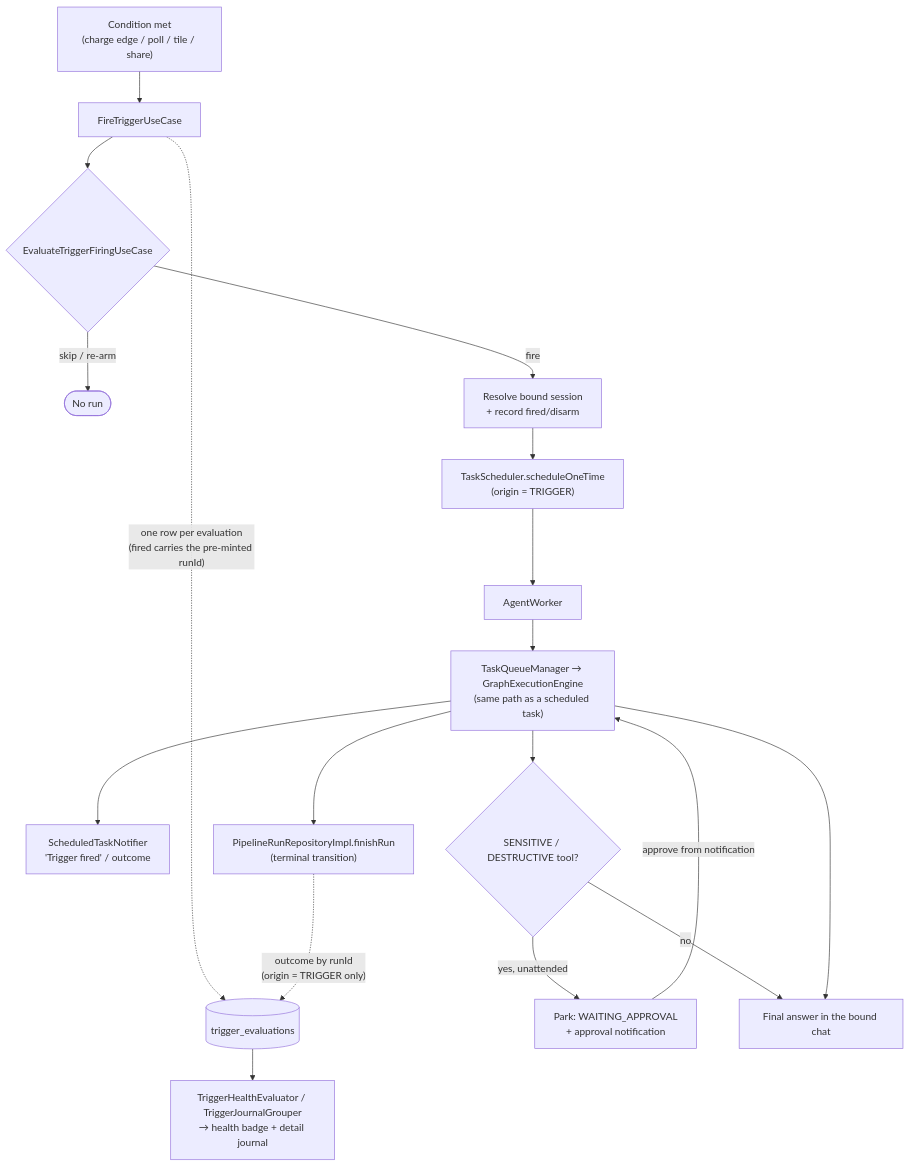
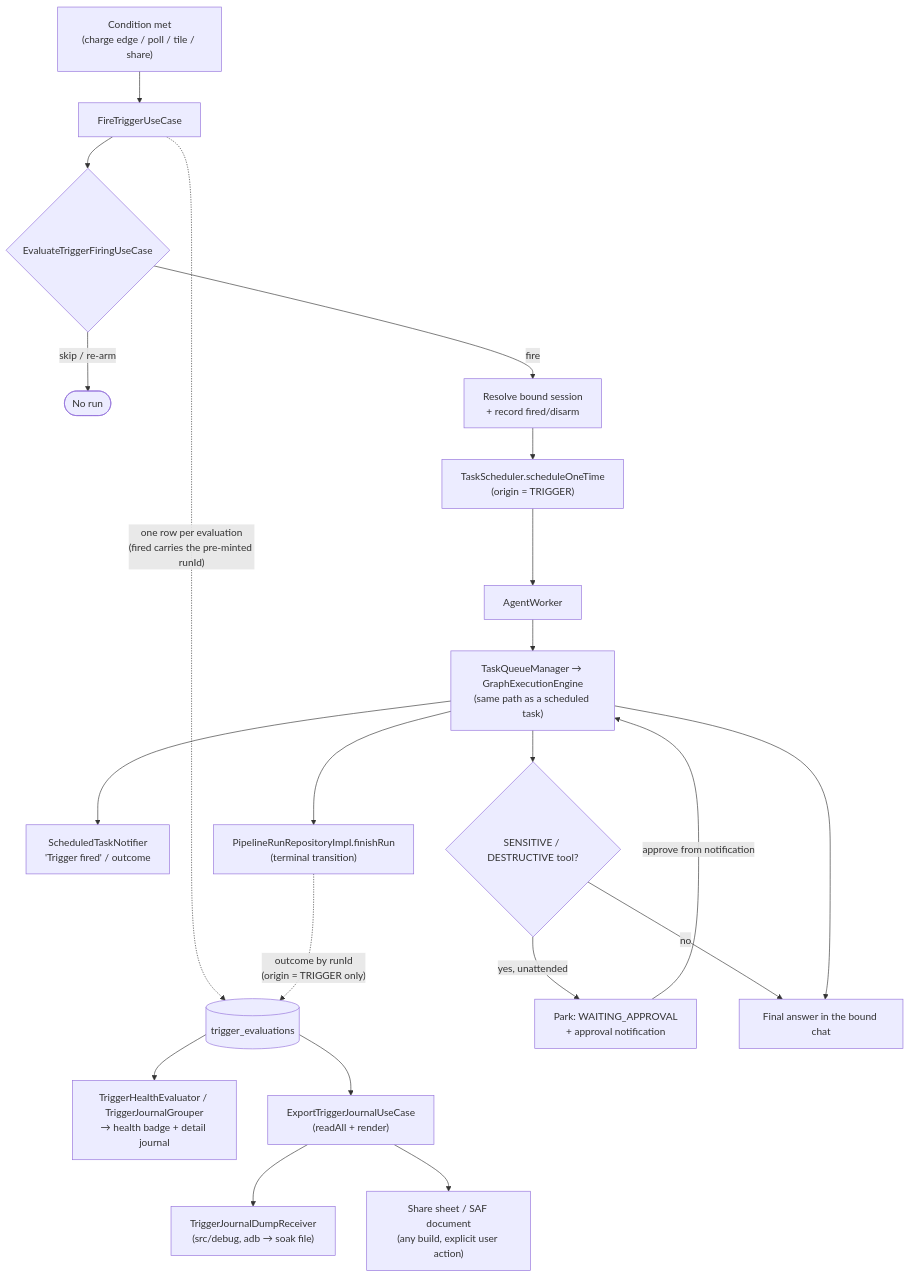
The eighth of 8 diagrams in docs/architecture.md (alexeyw/PersonalAndroidAIAgent), drawn with Mermaid before and after one commit. The commit also changed other lines of this file and 64 other files, not shown here.

First line of the commit message:
feat(phase42-9): release-safe journal export

````diff
--- a/docs/architecture.md
+++ b/docs/architecture.md
@@ -1645,20 +1645,23 @@
 ```mermaid
 flowchart TD
     Cond["Condition met<br/>(charge edge / poll / tile / share)"] --> Fire[FireTriggerUseCase]
     Fire --> Eval{EvaluateTriggerFiringUseCase}
     Eval -- skip / re-arm --> Done([No run])
     Eval -- fire --> Bound[Resolve bound session<br/>+ record fired/disarm]
     Fire -.->|"one row per evaluation<br/>(fired carries the pre-minted runId)"| Journal[("trigger_evaluations")]
     Bound --> Sched["TaskScheduler.scheduleOneTime<br/>(origin = TRIGGER)"]
     Sched --> Worker[AgentWorker]
     Worker --> Queue["TaskQueueManager → GraphExecutionEngine<br/>(same path as a scheduled task)"]
     Queue --> Notify["ScheduledTaskNotifier<br/>'Trigger fired' / outcome"]
     Queue --> Hitl{SENSITIVE / DESTRUCTIVE tool?}
     Hitl -- yes, unattended --> Park[Park: WAITING_APPROVAL<br/>+ approval notification]
     Park -- approve from notification --> Queue
     Hitl -- no --> Result[Final answer in the bound chat]
     Queue --> Result
     Queue --> Finish["PipelineRunRepositoryImpl.finishRun<br/>(terminal transition)"]
     Finish -.->|"outcome by runId<br/>(origin = TRIGGER only)"| Journal
     Journal --> Health["TriggerHealthEvaluator / TriggerJournalGrouper<br/>→ health badge + detail journal"]
+    Journal --> Export["ExportTriggerJournalUseCase<br/>(readAll + render)"]
+    Export --> Debug["TriggerJournalDumpReceiver<br/>(src/debug, adb → soak file)"]
+    Export --> InApp["Share sheet / SAF document<br/>(any build, explicit user action)"]
 ```
````
